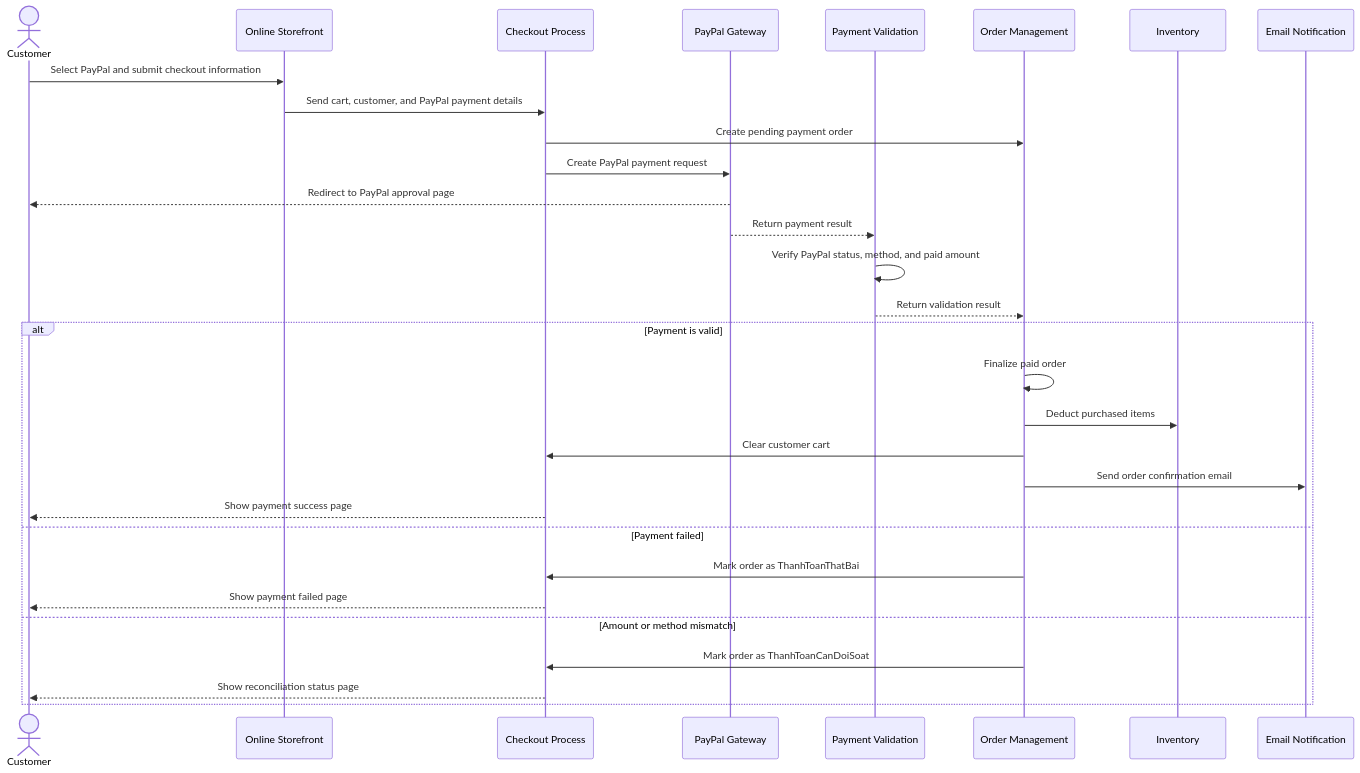
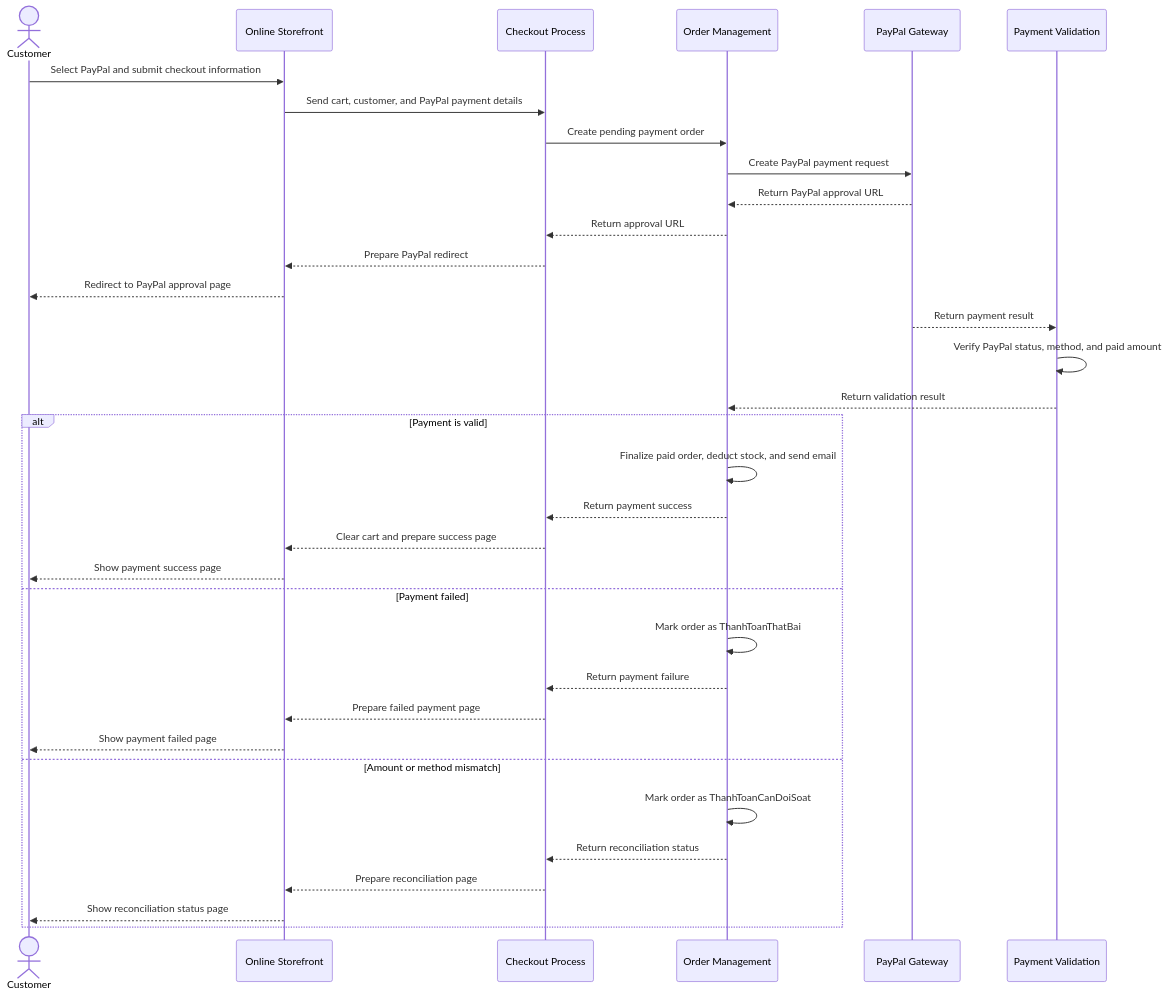
The sixth of 9 diagrams in README.md (ngxuanvan/ReSip-Multi-Payment-E-Commerce), drawn with Mermaid before and after one commit. The commit also changed other lines of this file, not shown here.

Commit message:
docs: refine sequence diagrams with stepwise messages

````diff
--- a/README.md
+++ b/README.md
@@ -211,35 +216,39 @@
 ```mermaid
 sequenceDiagram
     actor Customer
     participant Storefront as Online Storefront
     participant Checkout as Checkout Process
+    participant Order as Order Management
     participant PayPal as PayPal Gateway
     participant Validation as Payment Validation
-    participant Order as Order Management
-    participant Inventory as Inventory
-    participant Notification as Email Notification
 
     Customer->>Storefront: Select PayPal and submit checkout information
     Storefront->>Checkout: Send cart, customer, and PayPal payment details
     Checkout->>Order: Create pending payment order
-    Checkout->>PayPal: Create PayPal payment request
-    PayPal-->>Customer: Redirect to PayPal approval page
+    Order->>PayPal: Create PayPal payment request
+    PayPal-->>Order: Return PayPal approval URL
+    Order-->>Checkout: Return approval URL
+    Checkout-->>Storefront: Prepare PayPal redirect
+    Storefront-->>Customer: Redirect to PayPal approval page
     PayPal-->>Validation: Return payment result
 
     Validation->>Validation: Verify PayPal status, method, and paid amount
     Validation-->>Order: Return validation result
 
     alt Payment is valid
-        Order->>Order: Finalize paid order
-        Order->>Inventory: Deduct purchased items
-        Order->>Checkout: Clear customer cart
-        Order->>Notification: Send order confirmation email
-        Checkout-->>Customer: Show payment success page
+        Order->>Order: Finalize paid order, deduct stock, and send email
+        Order-->>Checkout: Return payment success
+        Checkout-->>Storefront: Clear cart and prepare success page
+        Storefront-->>Customer: Show payment success page
     else Payment failed
-        Order->>Checkout: Mark order as ThanhToanThatBai
-        Checkout-->>Customer: Show payment failed page
+        Order->>Order: Mark order as ThanhToanThatBai
+        Order-->>Checkout: Return payment failure
+        Checkout-->>Storefront: Prepare failed payment page
+        Storefront-->>Customer: Show payment failed page
     else Amount or method mismatch
-        Order->>Checkout: Mark order as ThanhToanCanDoiSoat
-        Checkout-->>Customer: Show reconciliation status page
+        Order->>Order: Mark order as ThanhToanCanDoiSoat
+        Order-->>Checkout: Return reconciliation status
+        Checkout-->>Storefront: Prepare reconciliation page
+        Storefront-->>Customer: Show reconciliation status page
     end
 ```
````
